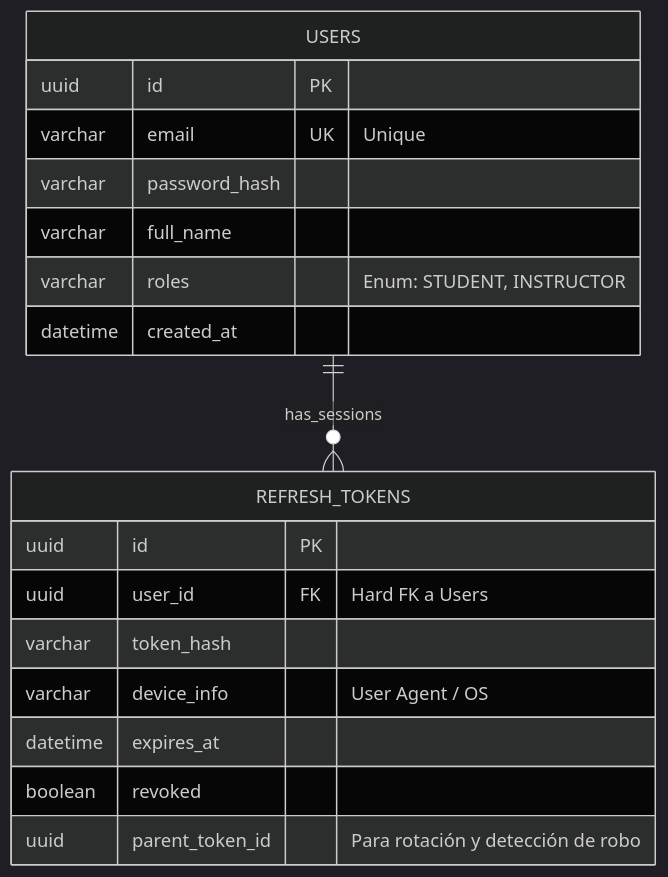
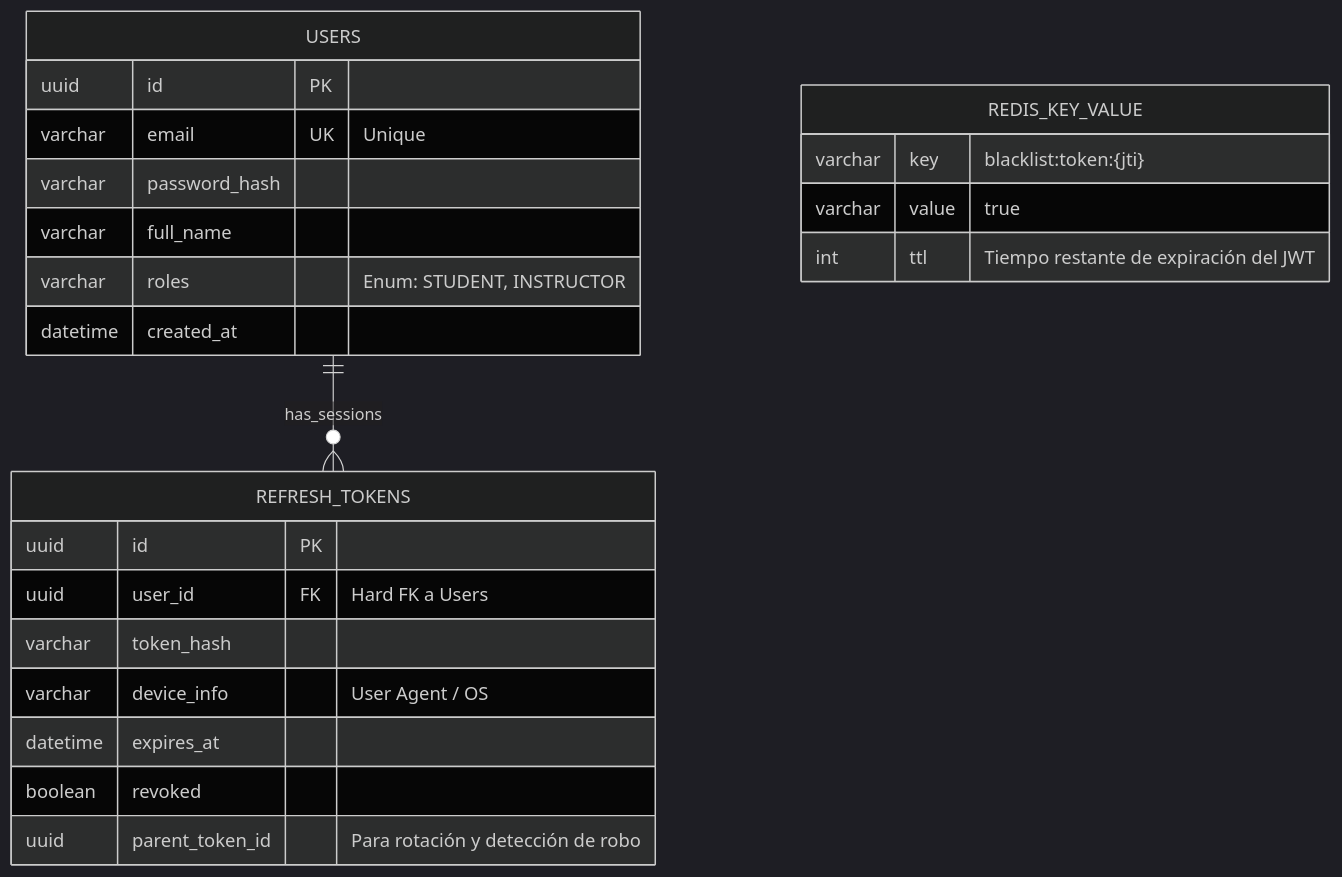
The first of 4 diagrams in docs/architecture/database-erd.md (LucaLzt/OpenLearning), drawn with Mermaid (dark theme) before and after one commit. The commit also changed other lines of this file and 3 other files, not shown here.

First line of the commit message:
docs: include Redis for JWT blacklisting architecture

````diff
--- a/docs/architecture/database-erd.md
+++ b/docs/architecture/database-erd.md
@@ -15,24 +15,30 @@
 ```mermaid
 erDiagram
     %% --- IDENTITY CONTEXT ---
     USERS {
         uuid id PK
         varchar email UK "Unique"
         varchar password_hash
         varchar full_name
         varchar roles "Enum: STUDENT, INSTRUCTOR"
         datetime created_at
     }
     
     REFRESH_TOKENS {
         uuid id PK
         uuid user_id FK "Hard FK a Users"
         varchar token_hash
         varchar device_info "User Agent / OS"
         datetime expires_at
         boolean revoked
         uuid parent_token_id "Para rotación y detección de robo"
     }
     
     USERS ||--o{ REFRESH_TOKENS : has_sessions
+    
+    REDIS_KEY_VALUE {
+        varchar key "blacklist:token:{jti}"
+        varchar value "true"
+        int ttl "Tiempo restante de expiración del JWT"
+    }
 ```
````
